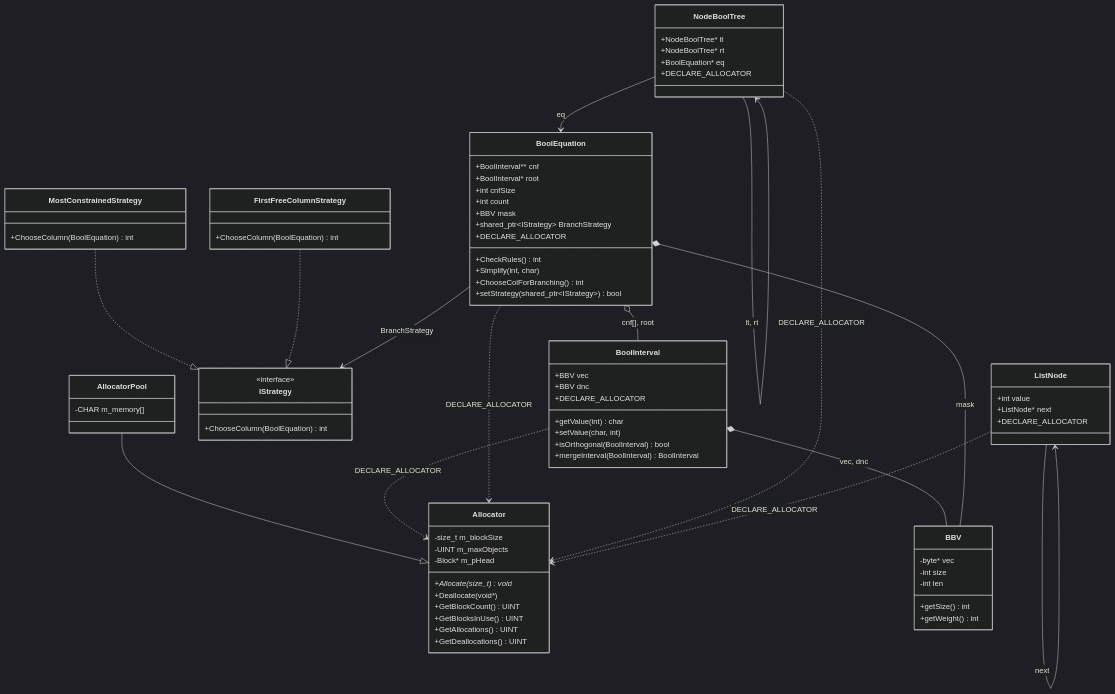
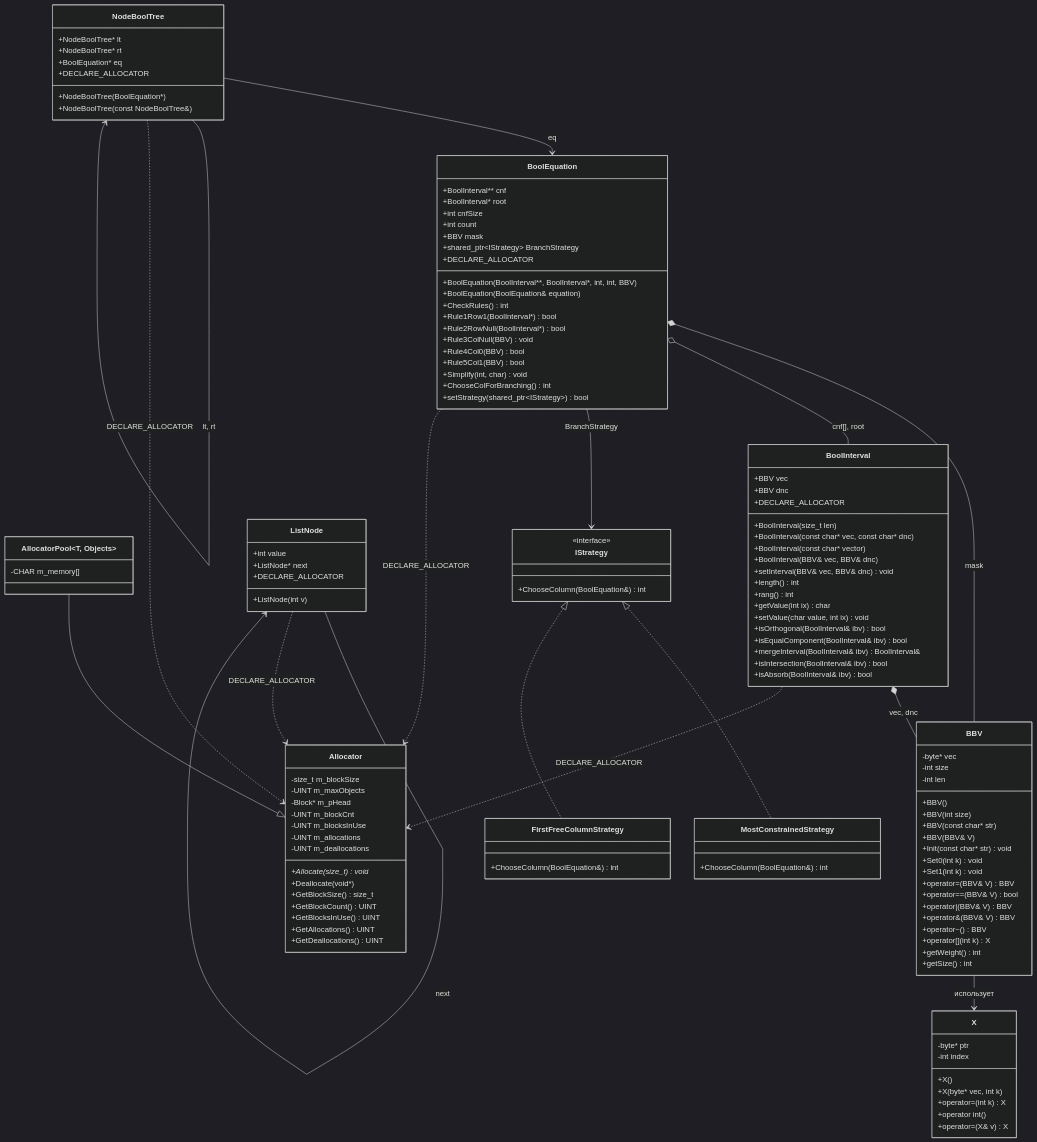
One commit to ytochkaa/integration_of_the_memory_allocation_mechanism changed the diagram in README.md. Above: the diagram before and after it, drawn with Mermaid (dark theme).

Commit message:
docs: расширена UML-диаграмма — добавлен класс X, полные методы, исправлены стрелки

```diff
--- a/README.md
+++ b/README.md
@@ -12,46 +12,71 @@
         -size_t m_blockSize
         -UINT m_maxObjects
         -Block* m_pHead
+        -UINT m_blockCnt
+        -UINT m_blocksInUse
+        -UINT m_allocations
+        -UINT m_deallocations
         +Allocate(size_t) void*
         +Deallocate(void*)
+        +GetBlockSize() size_t
         +GetBlockCount() UINT
         +GetBlocksInUse() UINT
         +GetAllocations() UINT
         +GetDeallocations() UINT
     }
 
-    class AllocatorPool {
+    class AllocatorPool~T, Objects~ {
         -CHAR m_memory[]
     }
 
-    class IStrategy {
-        <<interface>>
-        +ChooseColumn(BoolEquation) int
-    }
-
-    class MostConstrainedStrategy {
-        +ChooseColumn(BoolEquation) int
-    }
-
-    class FirstFreeColumnStrategy {
-        +ChooseColumn(BoolEquation) int
+    class X {
+        -byte* ptr
+        -int index
+        +X()
+        +X(byte* vec, int k)
+        +operator=(int k) X
+        +operator int()
+        +operator=(X& v) X
     }
 
     class BBV {
         -byte* vec
         -int size
         -int len
+        +BBV()
+        +BBV(int size)
+        +BBV(const char* str)
+        +BBV(BBV& V)
+        +Init(const char* str) void
+        +Set0(int k) void
+        +Set1(int k) void
+        +operator=(BBV& V) BBV
+        +operator==(BBV& V) bool
+        +operator|(BBV& V) BBV
+        +operator&(BBV& V) BBV
+        +operator~() BBV
+        +operator[](int k) X
+        +getWeight() int
         +getSize() int
-        +getWeight() int
     }
 
     class BoolInterval {
         +BBV vec
         +BBV dnc
-        +getValue(int) char
-        +setValue(char, int)
-        +isOrthogonal(BoolInterval) bool
-        +mergeInterval(BoolInterval) BoolInterval
+        +BoolInterval(size_t len)
+        +BoolInterval(const char* vec, const char* dnc)
+        +BoolInterval(const char* vector)
+        +BoolInterval(BBV& vec, BBV& dnc)
+        +setInterval(BBV& vec, BBV& dnc) void
+        +length() int
+        +rang() int
+        +getValue(int ix) char
+        +setValue(char value, int ix) void
+        +isOrthogonal(BoolInterval& ibv) bool
+        +isEqualComponent(BoolInterval& ibv) bool
+        +mergeInterval(BoolInterval& ibv) BoolInterval&
+        +isIntersection(BoolInterval& ibv) bool
+        +isAbsorb(BoolInterval& ibv) bool
         +DECLARE_ALLOCATOR
     }
 
@@ -62,30 +87,54 @@
         +int count
         +BBV mask
         +shared_ptr~IStrategy~ BranchStrategy
+        +BoolEquation(BoolInterval**, BoolInterval*, int, int, BBV)
+        +BoolEquation(BoolEquation& equation)
         +CheckRules() int
-        +Simplify(int, char)
+        +Rule1Row1(BoolInterval*) bool
+        +Rule2RowNull(BoolInterval*) bool
+        +Rule3ColNull(BBV) void
+        +Rule4Col0(BBV) bool
+        +Rule5Col1(BBV) bool
+        +Simplify(int, char) void
         +ChooseColForBranching() int
         +setStrategy(shared_ptr~IStrategy~) bool
         +DECLARE_ALLOCATOR
+    }
+
+    class IStrategy {
+        <<interface>>
+        +ChooseColumn(BoolEquation&) int
+    }
+
+    class MostConstrainedStrategy {
+        +ChooseColumn(BoolEquation&) int
+    }
+
+    class FirstFreeColumnStrategy {
+        +ChooseColumn(BoolEquation&) int
     }
 
     class NodeBoolTree {
         +NodeBoolTree* lt
         +NodeBoolTree* rt
         +BoolEquation* eq
+        +NodeBoolTree(BoolEquation*)
+        +NodeBoolTree(const NodeBoolTree&)
         +DECLARE_ALLOCATOR
     }
 
     class ListNode {
         +int value
         +ListNode* next
+        +ListNode(int v)
         +DECLARE_ALLOCATOR
     }
 
     AllocatorPool --|> Allocator
-    MostConstrainedStrategy ..|> IStrategy
-    FirstFreeColumnStrategy ..|> IStrategy
+    IStrategy <|.. MostConstrainedStrategy
+    IStrategy <|.. FirstFreeColumnStrategy
 
+    BBV --> X : использует
     BoolInterval *-- BBV : vec, dnc
     BoolEquation *-- BBV : mask
     BoolEquation o-- BoolInterval : cnf[], root
```
